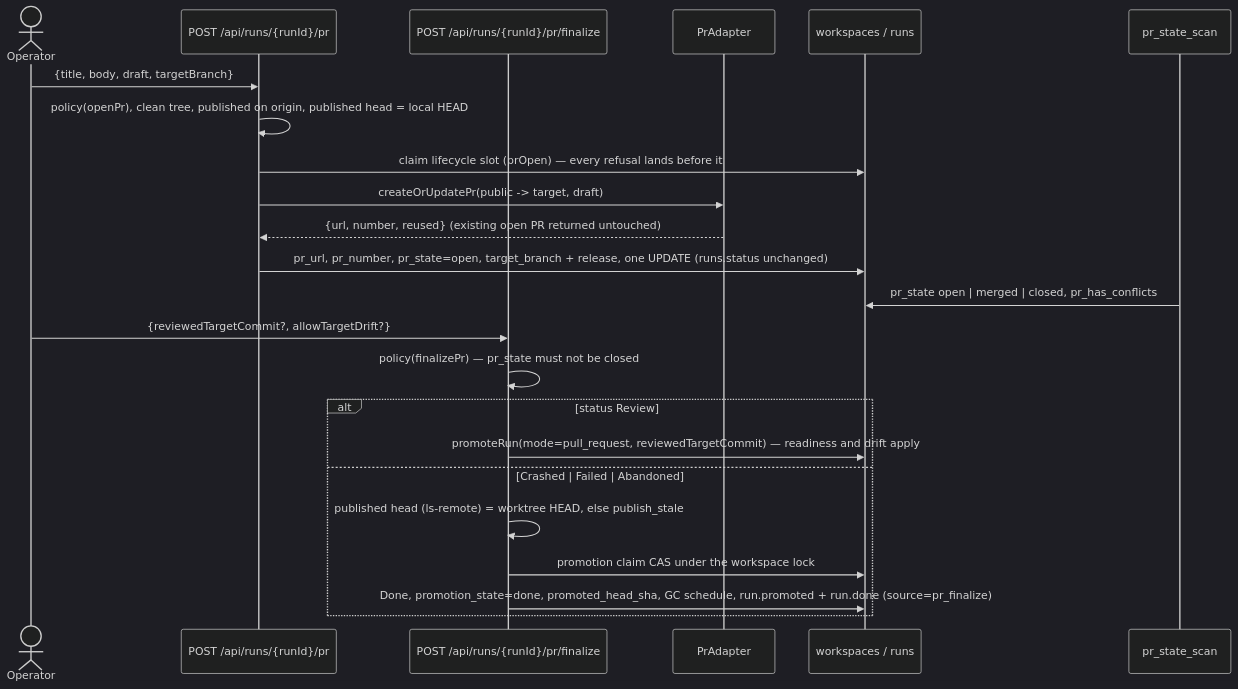
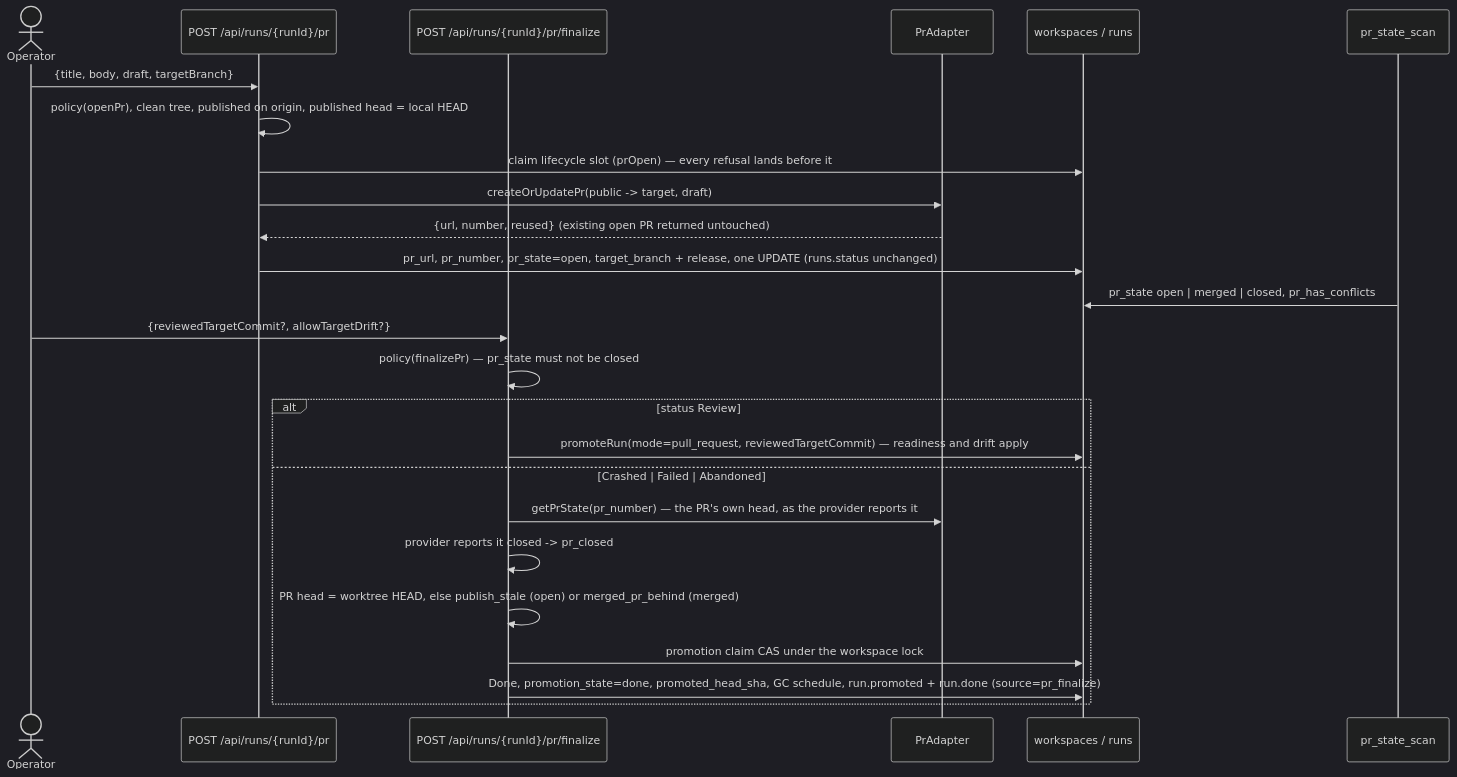
One commit to maister-dev/maister changed the fifth of 6 diagrams in docs/system-analytics/workbench-git.md. Above: the diagram before and after it, drawn with Mermaid (dark theme). The commit also changed other lines of this file and 18 other files, not shown here.

````diff
--- a/docs/system-analytics/workbench-git.md
+++ b/docs/system-analytics/workbench-git.md
@@ -208,25 +208,27 @@
 ```mermaid
 sequenceDiagram
     actor Op as Operator
     participant PR as POST /api/runs/{runId}/pr
     participant Fin as POST /api/runs/{runId}/pr/finalize
     participant PA as PrAdapter
     participant DB as workspaces / runs
     participant Scan as pr_state_scan
     Op->>PR: {title, body, draft, targetBranch}
     PR->>PR: policy(openPr), clean tree, published on origin, published head = local HEAD
     PR->>DB: claim lifecycle slot (prOpen) — every refusal lands before it
     PR->>PA: createOrUpdatePr(public -> target, draft)
     PA-->>PR: {url, number, reused} (existing open PR returned untouched)
     PR->>DB: pr_url, pr_number, pr_state=open, target_branch + release, one UPDATE (runs.status unchanged)
     Scan->>DB: pr_state open | merged | closed, pr_has_conflicts
     Op->>Fin: {reviewedTargetCommit?, allowTargetDrift?}
     Fin->>Fin: policy(finalizePr) — pr_state must not be closed
     alt status Review
         Fin->>DB: promoteRun(mode=pull_request, reviewedTargetCommit) — readiness and drift apply
     else Crashed | Failed | Abandoned
-        Fin->>Fin: published head (ls-remote) = worktree HEAD, else publish_stale
+        Fin->>PA: getPrState(pr_number) — the PR's own head, as the provider reports it
+        Fin->>Fin: provider reports it closed -> pr_closed
+        Fin->>Fin: PR head = worktree HEAD, else publish_stale (open) or merged_pr_behind (merged)
         Fin->>DB: promotion claim CAS under the workspace lock
         Fin->>DB: Done, promotion_state=done, promoted_head_sha, GC schedule, run.promoted + run.done (source=pr_finalize)
     end
 ```
````
